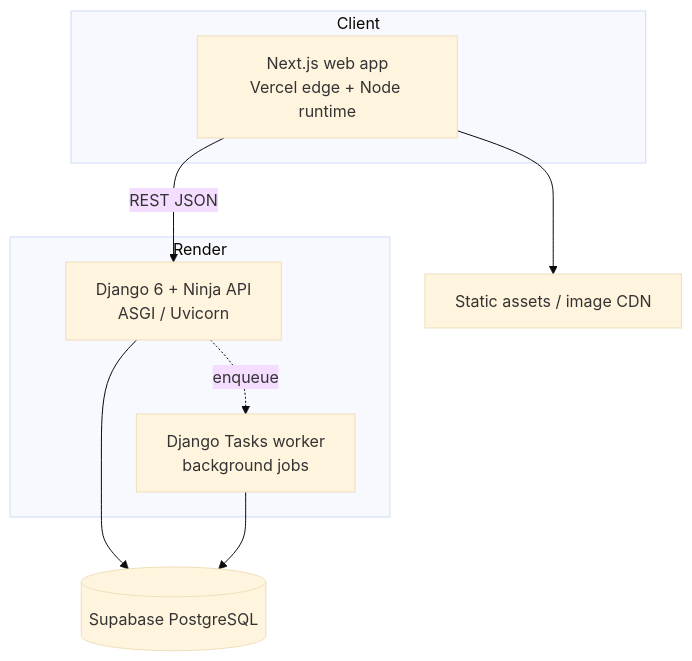
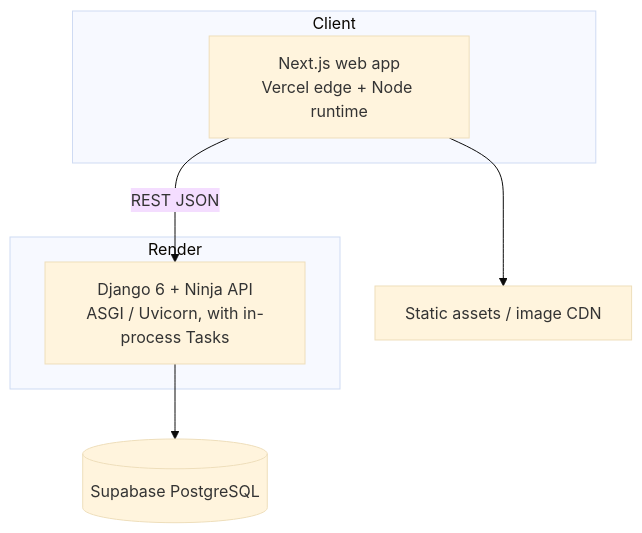
The second of 3 diagrams in docs/03-architecture/ARCHITECTURE.md (prasojo-work/ecommerce_project), drawn with Mermaid (base theme) before and after one commit. The commit also changed other lines of this file and 4 other files, not shown here.

````diff
--- a/docs/03-architecture/ARCHITECTURE.md
+++ b/docs/03-architecture/ARCHITECTURE.md
@@ -41,18 +41,15 @@
 ```mermaid
 graph TB
   subgraph Client
     Web[Next.js web app<br/>Vercel edge + Node runtime]
   end
   subgraph Server[Render]
-    API[Django 6 + Ninja API<br/>ASGI / Uvicorn]
-    Worker[Django Tasks worker<br/>background jobs]
+    API[Django 6 + Ninja API<br/>ASGI / Uvicorn, with in-process Tasks]
   end
   DB[(Supabase PostgreSQL)]
   CDN[Static assets / image CDN]
 
   Web -->|REST JSON| API
   Web --> CDN
   API --> DB
-  Worker --> DB
-  API -.->|enqueue| Worker
 ```
````
